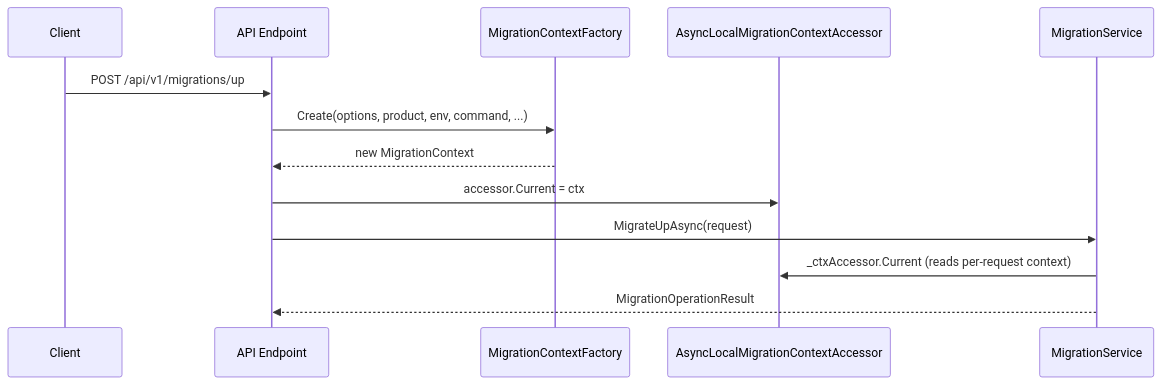
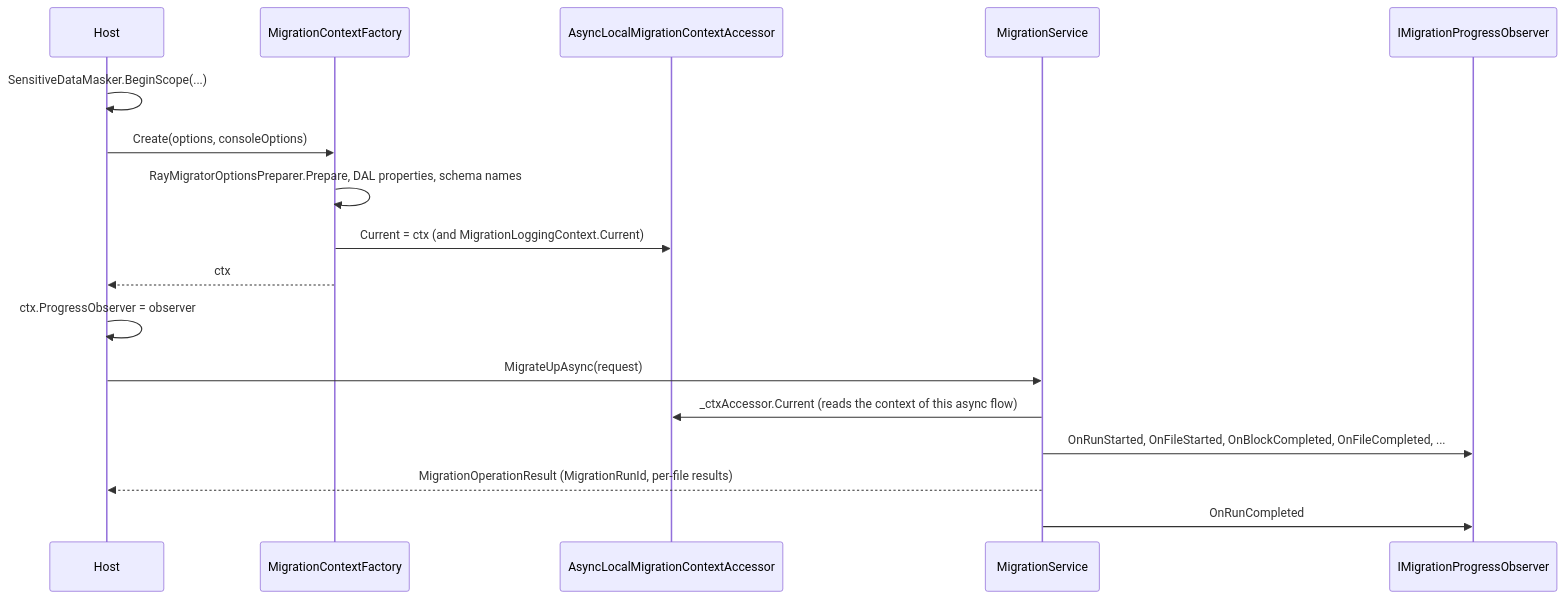
Before and after one commit to RAYCOON/RayMigrator: the first of 2 diagrams in Docs/02-core-concepts/migration-context.md, drawn with Mermaid. The commit also changed other lines of this file and 7 other files, not shown here.

First line of the commit message:
Document the hosting seam, the options preparer and the progress events

````diff
--- a/Docs/02-core-concepts/migration-context.md
+++ b/Docs/02-core-concepts/migration-context.md
@@ -208,17 +215,21 @@
 ```mermaid
 sequenceDiagram
-    participant Client
-    participant Endpoint as API Endpoint
+    participant Host
     participant Factory as MigrationContextFactory
     participant Accessor as AsyncLocalMigrationContextAccessor
     participant Svc as MigrationService
+    participant Observer as IMigrationProgressObserver
 
-    Client->>Endpoint: POST /api/v1/migrations/up
-    Endpoint->>Factory: Create(options, product, env, command, ...)
-    Factory-->>Endpoint: new MigrationContext
-    Endpoint->>Accessor: accessor.Current = ctx
+    Host->>Host: SensitiveDataMasker.BeginScope(...)
+    Host->>Factory: Create(options, consoleOptions)
+    Factory->>Factory: RayMigratorOptionsPreparer.Prepare, DAL properties, schema names
+    Factory->>Accessor: Current = ctx (and MigrationLoggingContext.Current)
+    Factory-->>Host: ctx
+    Host->>Host: ctx.ProgressObserver = observer
 
-    Endpoint->>Svc: MigrateUpAsync(request)
-    Svc->>Accessor: _ctxAccessor.Current (reads per-request context)
-    Svc-->>Endpoint: MigrationOperationResult
+    Host->>Svc: MigrateUpAsync(request)
+    Svc->>Accessor: _ctxAccessor.Current (reads the context of this async flow)
+    Svc->>Observer: OnRunStarted, OnFileStarted, OnBlockCompleted, OnFileCompleted, ...
+    Svc-->>Host: MigrationOperationResult (MigrationRunId, per-file results)
+    Svc->>Observer: OnRunCompleted
 ```
````
